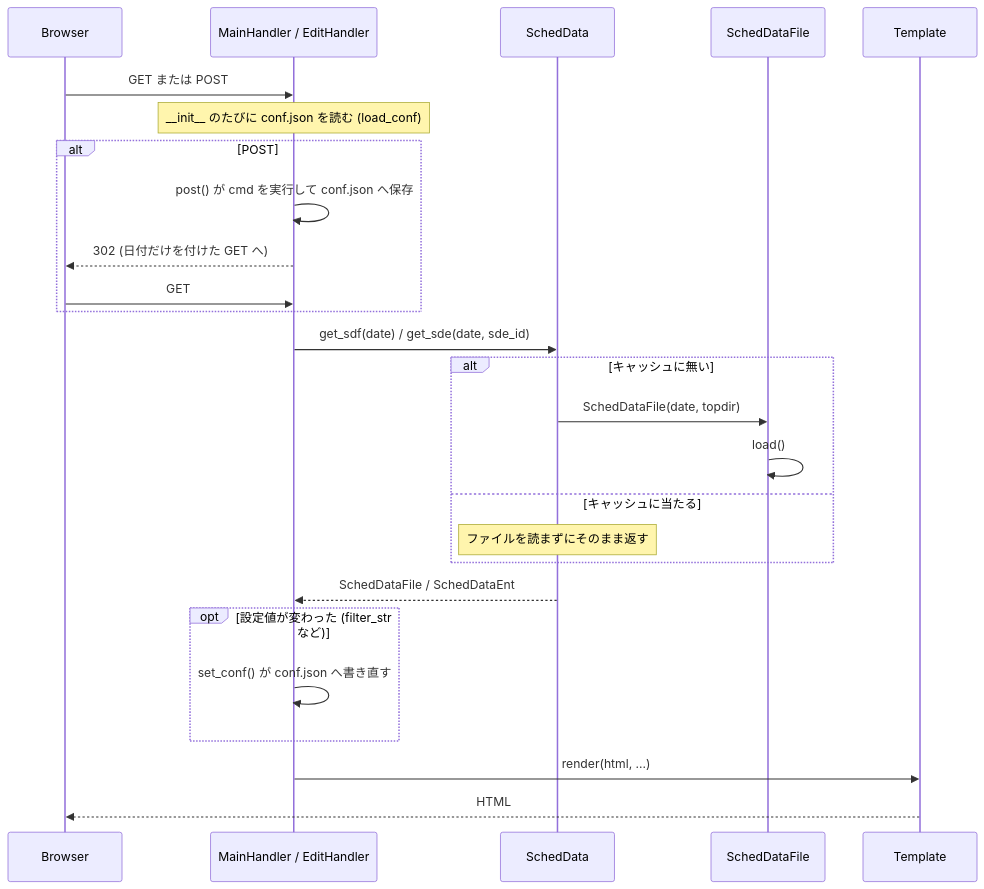
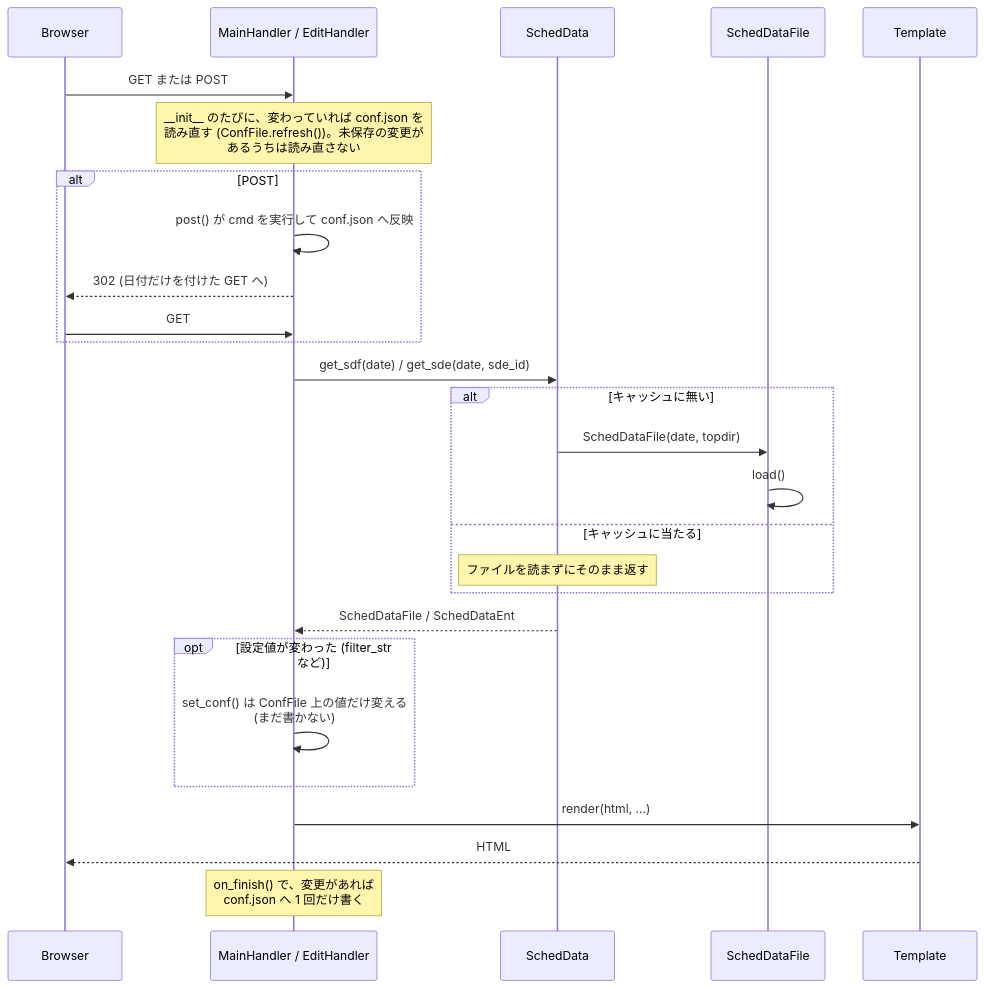
The third of 4 diagrams in src/README.md (ytani01/ytsched), drawn with Mermaid before and after one commit. The commit also changed other lines of this file and 18 other files, not shown here.

First line of the commit message:
refactor(handler): 依存の渡し方と、キャッシュ・conf.json の扱いを揃える（TODO-090）

````diff
--- a/src/README.md
+++ b/src/README.md
@@ -225,29 +254,30 @@
 ```mermaid
 sequenceDiagram
     participant Browser
     participant Handler as MainHandler / EditHandler
     participant SD as SchedData
     participant SDF as SchedDataFile
     participant Template
 
     Browser->>Handler: GET または POST
-    Note over Handler: __init__ のたびに conf.json を読む (load_conf)
+    Note over Handler: __init__ のたびに、変わっていれば conf.json を<br/>読み直す (ConfFile.refresh())。未保存の変更が<br/>あるうちは読み直さない
     alt POST
-        Handler->>Handler: post() が cmd を実行して conf.json へ保存
+        Handler->>Handler: post() が cmd を実行して conf.json へ反映
         Handler-->>Browser: 302 (日付だけを付けた GET へ)
         Browser->>Handler: GET
     end
     Handler->>SD: get_sdf(date) / get_sde(date, sde_id)
     alt キャッシュに無い
         SD->>SDF: SchedDataFile(date, topdir)
         SDF->>SDF: load()
     else キャッシュに当たる
         Note over SD: ファイルを読まずにそのまま返す
     end
     SD-->>Handler: SchedDataFile / SchedDataEnt
     opt 設定値が変わった (filter_str など)
-        Handler->>Handler: set_conf() が conf.json へ書き直す
+        Handler->>Handler: set_conf() は ConfFile 上の値だけ変える<br/>(まだ書かない)
     end
     Handler->>Template: render(html, ...)
     Template-->>Browser: HTML
+    Note over Handler: on_finish() で、変更があれば<br/>conf.json へ 1 回だけ書く
 ```
````
